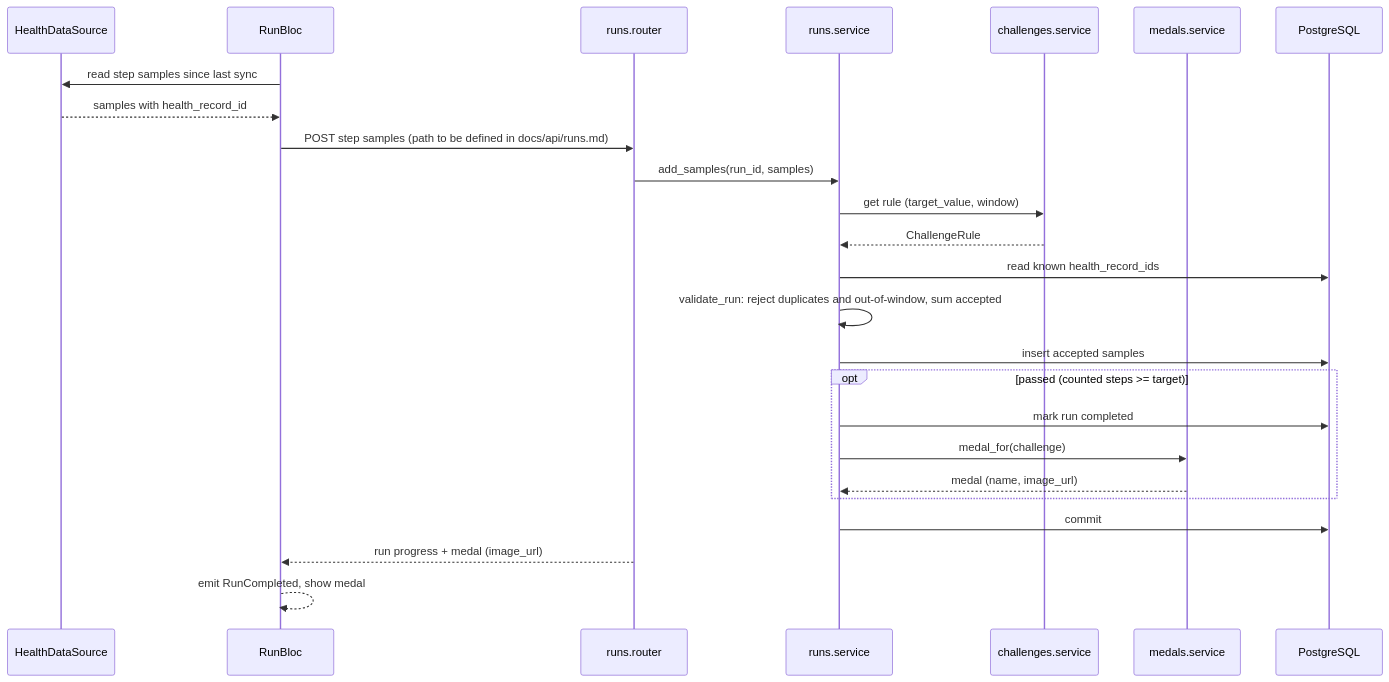
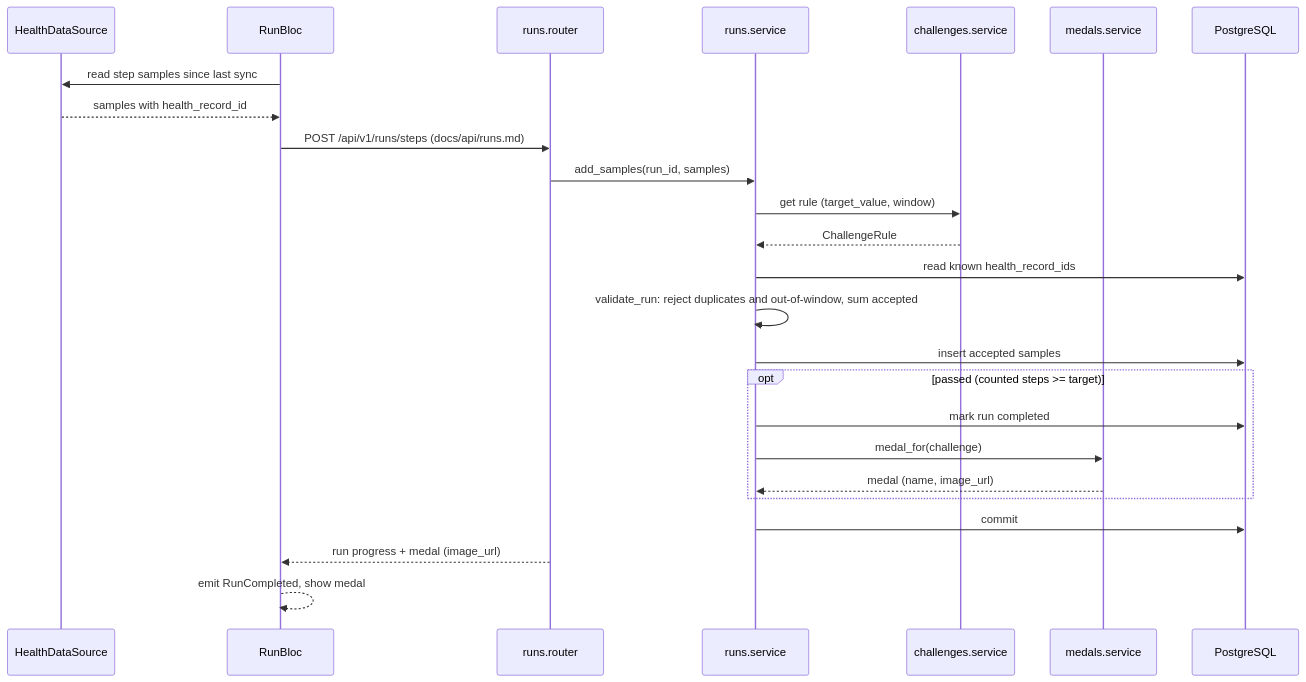
The seventh of 9 diagrams in docs/architecture.md (huynguyennang-agilityio/claude-code-training), drawn with Mermaid before and after one commit. The commit also changed 23 other files, not shown here.

First line of the commit message:
feat: step sync and enrollment progress API (Refs #70)

````diff
--- a/docs/architecture.md
+++ b/docs/architecture.md
@@ -259,27 +259,27 @@
 ```mermaid
 sequenceDiagram
     participant HD as HealthDataSource
     participant RB as RunBloc
     participant API as runs.router
     participant RS as runs.service
     participant CS as challenges.service
     participant MS as medals.service
     participant DB as PostgreSQL
     RB->>HD: read step samples since last sync
     HD-->>RB: samples with health_record_id
-    RB->>API: POST step samples (path to be defined in docs/api/runs.md)
+    RB->>API: POST /api/v1/runs/steps (docs/api/runs.md)
     API->>RS: add_samples(run_id, samples)
     RS->>CS: get rule (target_value, window)
     CS-->>RS: ChallengeRule
     RS->>DB: read known health_record_ids
     RS->>RS: validate_run: reject duplicates and out-of-window, sum accepted
     RS->>DB: insert accepted samples
     opt passed (counted steps >= target)
         RS->>DB: mark run completed
         RS->>MS: medal_for(challenge)
         MS-->>RS: medal (name, image_url)
     end
     RS->>DB: commit
     API-->>RB: run progress + medal (image_url)
     RB-->>RB: emit RunCompleted, show medal
 ```
````
